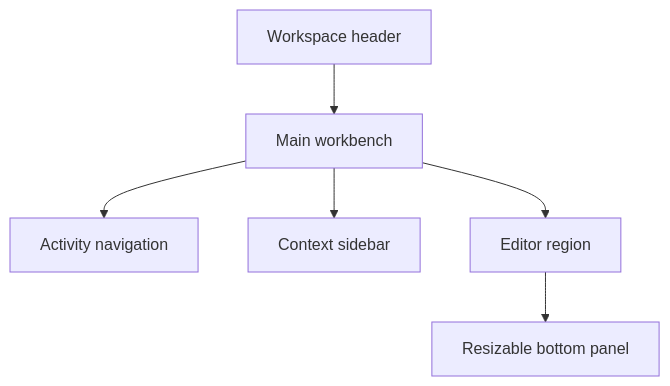
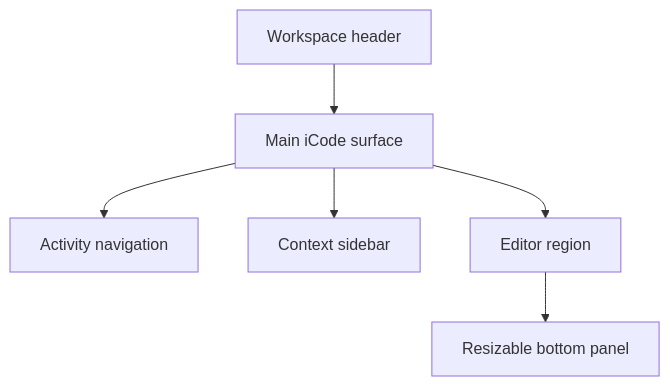
The diagram in docs/layout.md (itzmejanak/iCode), drawn with Mermaid before and after one commit. The commit also changed other lines of this file and 158 other files, not shown here.

````diff
--- a/docs/layout.md
+++ b/docs/layout.md
@@ -254,8 +254,8 @@
 ```mermaid
 flowchart TD
-    H["Workspace header"] --> M["Main workbench"]
+    H["Workspace header"] --> M["Main iCode surface"]
     M --> A["Activity navigation"]
     M --> S["Context sidebar"]
     M --> E["Editor region"]
     E --> P["Resizable bottom panel"]
 ```
````
